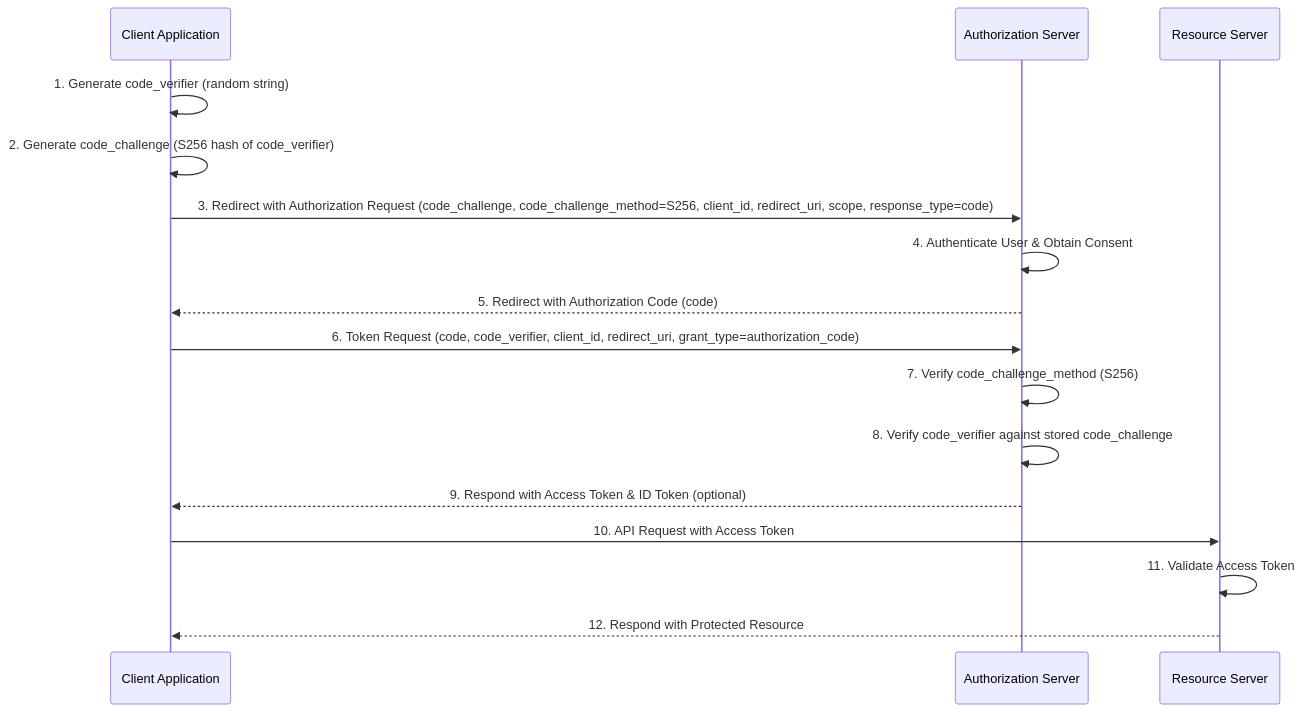
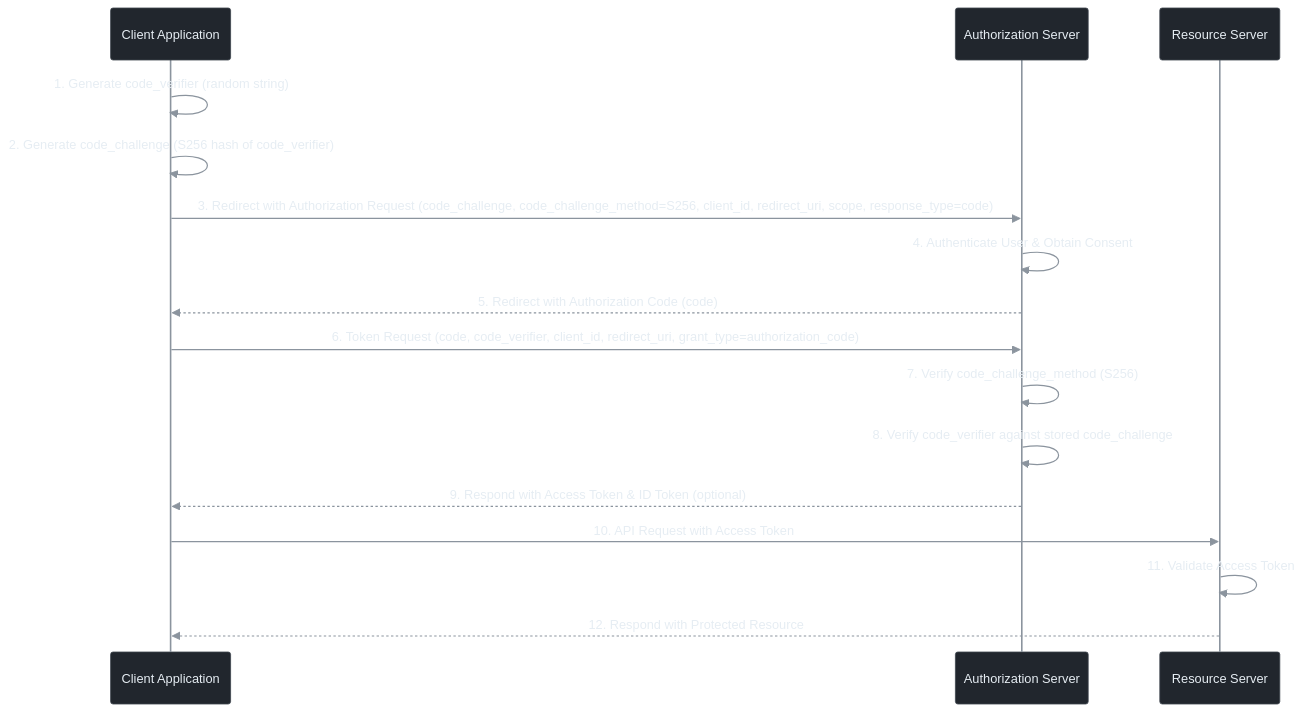
The diagram in notes/pkce.md (Jish2/noted), drawn with Mermaid before and after one commit. The commit also changed 1 other file, not shown here.

Commit message:
rbx vault backup: 2026-09-22 10:17:51
Affected files:

````diff
--- a/notes/pkce.md
+++ b/notes/pkce.md
@@ -29,22 +29,23 @@
 ```mermaid
+%%{init: {'theme':'base', 'themeVariables': {'background':'transparent','primaryColor':'#21262d','primaryTextColor':'#e6edf3','primaryBorderColor':'#3d444d','lineColor':'#8b949e','secondaryColor':'#161b22','tertiaryColor':'#161b22','mainBkg':'#21262d','nodeBorder':'#3d444d','clusterBkg':'transparent','titleColor':'#e6edf3','edgeLabelBackground':'#161b22','actorBkg':'#21262d','actorBorder':'#3d444d','actorTextColor':'#e6edf3','actorLineColor':'#8b949e','signalColor':'#8b949e','signalTextColor':'#e6edf3','noteBkgColor':'#161b22','noteTextColor':'#e6edf3','noteBorderColor':'#3d444d','labelBoxBkgColor':'#161b22','labelTextColor':'#e6edf3','loopTextColor':'#8b949e'}}}%%
 sequenceDiagram
     participant C as Client Application
     participant AS as Authorization Server
     participant RS as Resource Server
 
     C->>C: 1. Generate code_verifier (random string)
     C->>C: 2. Generate code_challenge (S256 hash of code_verifier)
 
     C->>AS: 3. Redirect with Authorization Request (code_challenge, code_challenge_method=S256, client_id, redirect_uri, scope, response_type=code)
     AS->>AS: 4. Authenticate User & Obtain Consent
     AS-->>C: 5. Redirect with Authorization Code (code)
 
     C->>AS: 6. Token Request (code, code_verifier, client_id, redirect_uri, grant_type=authorization_code)
     AS->>AS: 7. Verify code_challenge_method (S256)
     AS->>AS: 8. Verify code_verifier against stored code_challenge
     AS-->>C: 9. Respond with Access Token & ID Token (optional)
 
     C->>RS: 10. API Request with Access Token
     RS->>RS: 11. Validate Access Token
     RS-->>C: 12. Respond with Protected Resource
 ```
````
